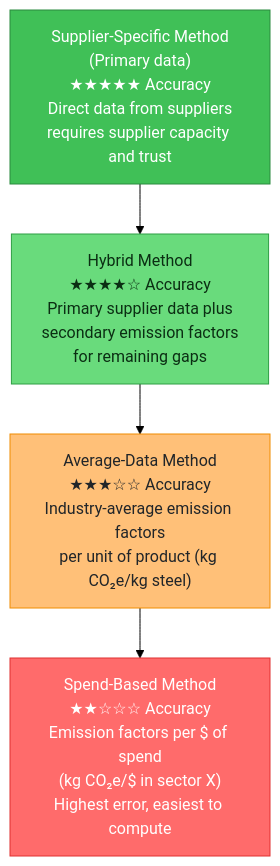
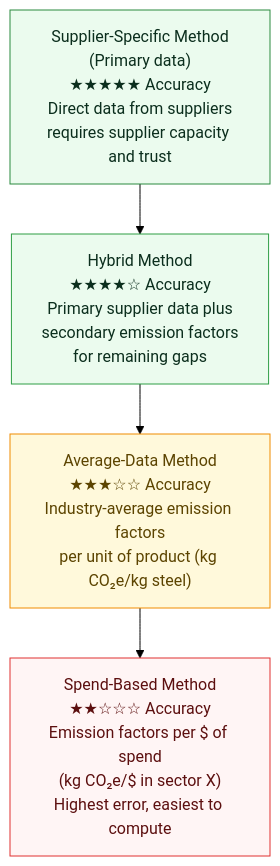
One commit to co3org/Scope3-Challenge changed the third of 6 diagrams in docs/01_scope3_fundamentals.md. Above: the diagram before and after it, drawn with Mermaid (forest theme). The commit also changed other lines of this file and 11 other files, not shown here.

First line of the commit message:
Soft diagram palette and trim text-wall node labels

````diff
--- a/docs/01_scope3_fundamentals.md
+++ b/docs/01_scope3_fundamentals.md
@@ -115,19 +115,19 @@
 ```mermaid
 flowchart TD
-    classDef s3 fill:#40c057,stroke:#2b8a3e,color:#fff;
-    classDef good fill:#69db7c,stroke:#2f9e44,color:#0b2e13;
-    classDef warn fill:#ffc078,stroke:#f08c00,color:#212529;
-    classDef bad fill:#ff6b6b,stroke:#e03131,color:#fff;
+    classDef s3 fill:#ebfbee,stroke:#2b8a3e,color:#0b2e1d;
+    classDef good fill:#ebfbee,stroke:#2f9e44,color:#0b2e1d;
+    classDef warn fill:#fff9db,stroke:#f08c00,color:#5c4400;
+    classDef bad fill:#fff5f5,stroke:#e03131,color:#5c0f0f;
 
     M1["Supplier-Specific Method\n(Primary data)\n★★★★★ Accuracy\nDirect data from suppliers\nrequires supplier capacity and trust"]
     M2["Hybrid Method\n★★★★☆ Accuracy\nPrimary supplier data plus\nsecondary emission factors\nfor remaining gaps"]
     M3["Average-Data Method\n★★★☆☆ Accuracy\nIndustry-average emission factors\nper unit of product (kg CO₂e/kg steel)"]
     M4["Spend-Based Method\n★★☆☆☆ Accuracy\nEmission factors per $ of spend\n(kg CO₂e/$ in sector X)\nHighest error, easiest to compute"]
 
     M1 --> M2 --> M3 --> M4
 
     class M1 s3;
     class M2 good;
     class M3 warn;
     class M4 bad;
 ```
````
